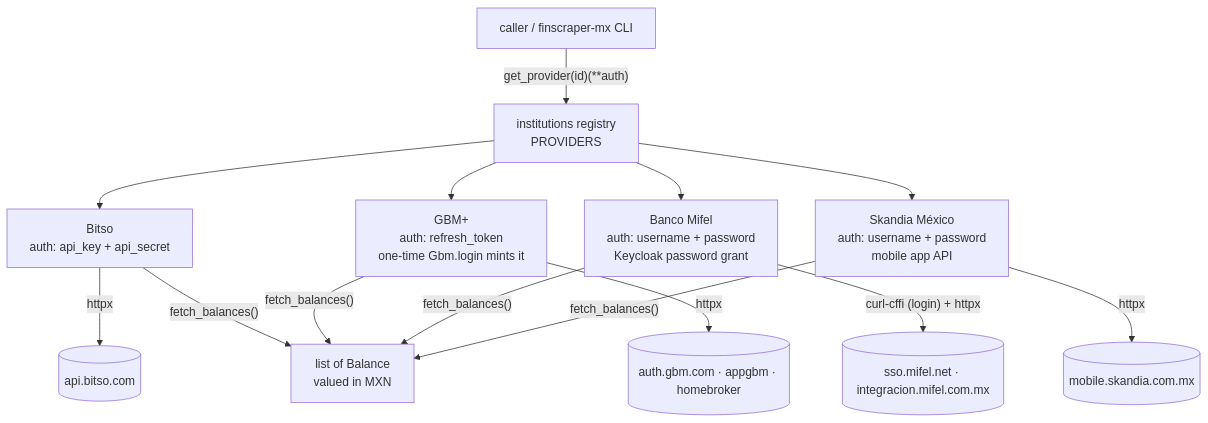
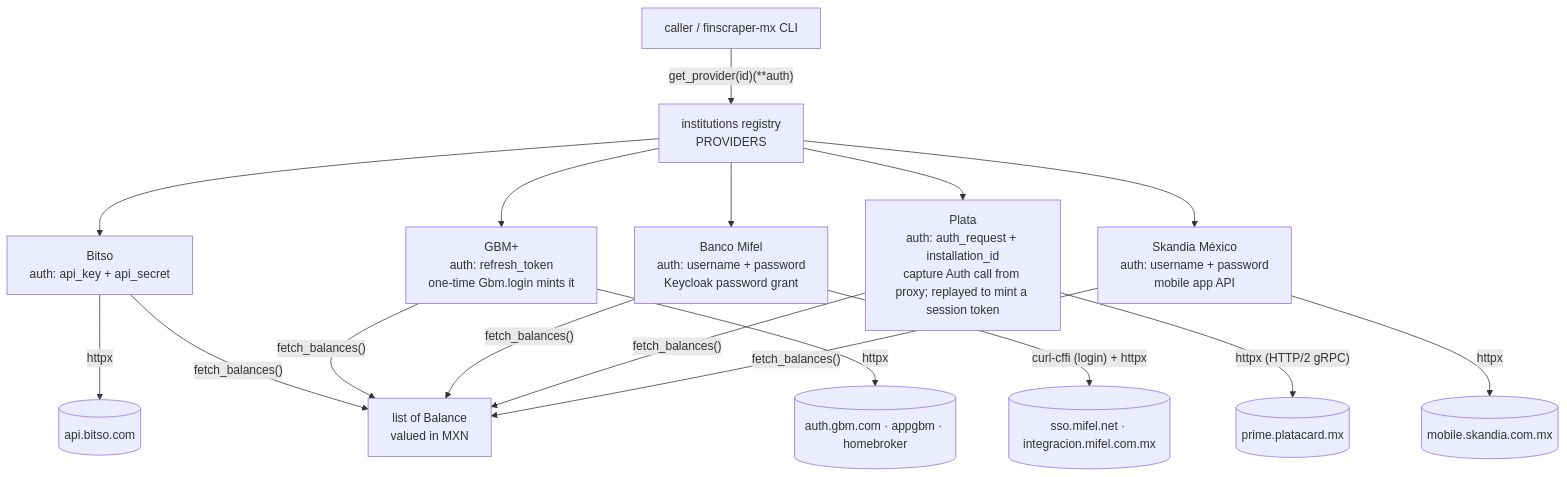
One commit to PaoloReyes/finscraper-mx changed the diagram in CLAUDE.md. Above: the diagram before and after it, drawn with Mermaid. The commit also changed other lines of this file and 7 other files, not shown here.

First line of the commit message:
Add Plata provider (account, investment and brokerage balances)

````diff
--- a/CLAUDE.md
+++ b/CLAUDE.md
@@ -26,16 +26,19 @@
 ```mermaid
 flowchart TD
   caller["caller / finscraper-mx CLI"] -->|"get_provider(id)(**auth)"| reg["institutions registry<br/>PROVIDERS"]
   reg --> bitso["Bitso<br/>auth: api_key + api_secret"]
   reg --> gbm["GBM+<br/>auth: refresh_token<br/>one-time Gbm.login mints it"]
   reg --> mifel["Banco Mifel<br/>auth: username + password<br/>Keycloak password grant"]
+  reg --> plata["Plata<br/>auth: auth_request + installation_id<br/>capture Auth call from proxy; replayed to mint a session token"]
   reg --> skandia["Skandia México<br/>auth: username + password<br/>mobile app API"]
   bitso -->|"httpx"| bapi[("api.bitso.com")]
   gbm -->|"httpx"| gapi[("auth.gbm.com · appgbm · homebroker")]
   mifel -->|"curl-cffi (login) + httpx"| mapi[("sso.mifel.net · integracion.mifel.com.mx")]
+  plata -->|"httpx (HTTP/2 gRPC)"| papi[("prime.platacard.mx")]
   skandia -->|"httpx"| sapi[("mobile.skandia.com.mx")]
   bitso -->|"fetch_balances()"| bal["list of Balance<br/>valued in MXN"]
   gbm -->|"fetch_balances()"| bal
   mifel -->|"fetch_balances()"| bal
+  plata -->|"fetch_balances()"| bal
   skandia -->|"fetch_balances()"| bal
 ```
````
